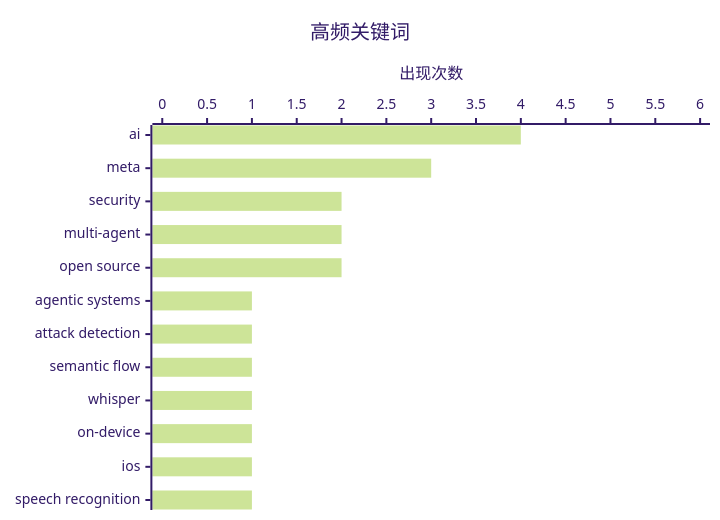
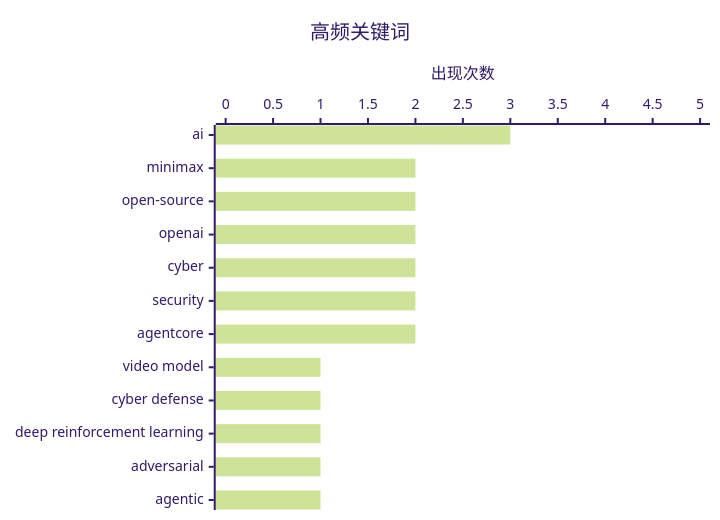
One commit to Halcyon-ccc/ai-daily-digest changed the second of 2 diagrams in digests/digest-20260806.md. Above: the diagram before and after it, drawn with Mermaid (forest theme). The commit also changed other lines of this file, not shown here.

````diff
--- a/digests/digest-20260806.md
+++ b/digests/digest-20260806.md
@@ -464,7 +507,7 @@
 ```mermaid
 xychart-beta horizontal
     title "高频关键词"
-    x-axis ["ai", "meta", "security", "multi-agent", "open source", "agentic systems", "attack detection", "semantic flow", "whisper", "on-device", "ios", "speech recognition"]
-    y-axis "出现次数" 0 --> 6
-    bar [4, 3, 2, 2, 2, 1, 1, 1, 1, 1, 1, 1]
+    x-axis ["ai", "minimax", "open-source", "openai", "cyber", "security", "agentcore", "video model", "cyber defense", "deep reinforcement learning", "adversarial", "agentic"]
+    y-axis "出现次数" 0 --> 5
+    bar [3, 2, 2, 2, 2, 2, 2, 1, 1, 1, 1, 1]
 ```
````
